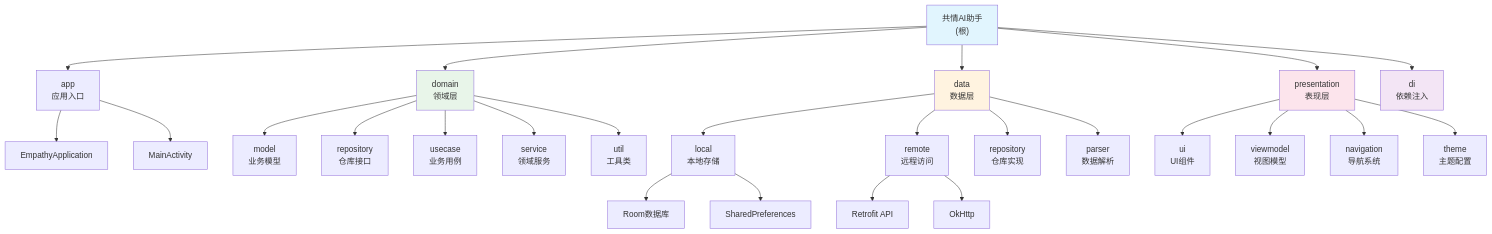
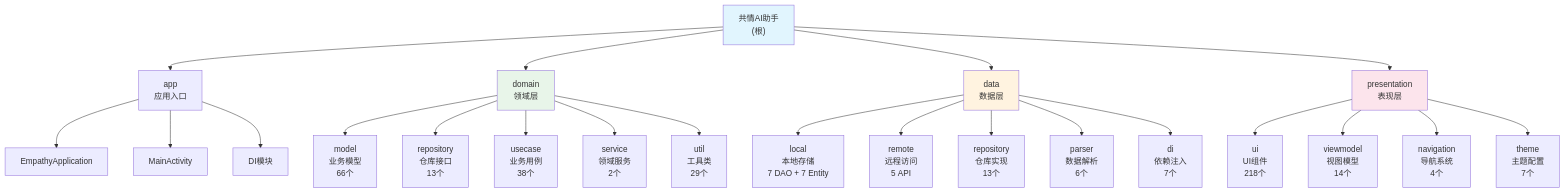
Before and after one commit to ZeroPointSix/empathize-with-others: the diagram in CLAUDE.md, drawn with Mermaid. The commit also changed other lines of this file and 27 other files, not shown here.

````diff
--- a/CLAUDE.md
+++ b/CLAUDE.md
@@ -80,47 +80,38 @@
 ```mermaid
 graph TD
     A["共情AI助手<br/>(根)"] --> B["app<br/>应用入口"]
     A --> C["domain<br/>领域层"]
     A --> D["data<br/>数据层"]
     A --> E["presentation<br/>表现层"]
-    A --> F["di<br/>依赖注入"]
 
     B --> B1["EmpathyApplication"]
     B --> B2["MainActivity"]
+    B --> B3["DI模块"]
 
-    C --> C1["model<br/>业务模型"]
-    C --> C2["repository<br/>仓库接口"]
-    C --> C3["usecase<br/>业务用例"]
-    C --> C4["service<br/>领域服务"]
-    C --> C5["util<br/>工具类"]
+    C --> C1["model<br/>业务模型<br/>66个"]
+    C --> C2["repository<br/>仓库接口<br/>13个"]
+    C --> C3["usecase<br/>业务用例<br/>38个"]
+    C --> C4["service<br/>领域服务<br/>2个"]
+    C --> C5["util<br/>工具类<br/>29个"]
 
-    D --> D1["local<br/>本地存储"]
-    D --> D2["remote<br/>远程访问"]
-    D --> D3["repository<br/>仓库实现"]
-    D --> D4["parser<br/>数据解析"]
+    D --> D1["local<br/>本地存储<br/>7 DAO + 7 Entity"]
+    D --> D2["remote<br/>远程访问<br/>5 API"]
+    D --> D3["repository<br/>仓库实现<br/>13个"]
+    D --> D4["parser<br/>数据解析<br/>6个"]
+    D --> D5["di<br/>依赖注入<br/>7个"]
 
-    E --> E1["ui<br/>UI组件"]
-    E --> E2["viewmodel<br/>视图模型"]
-    E --> E3["navigation<br/>导航系统"]
-    E --> E4["theme<br/>主题配置"]
-
-    D1 --> D11["Room数据库"]
-    D1 --> D12["SharedPreferences"]
-
-    D2 --> D21["Retrofit API"]
-    D2 --> D22["OkHttp"]
+    E --> E1["ui<br/>UI组件<br/>218个"]
+    E --> E2["viewmodel<br/>视图模型<br/>14个"]
+    E --> E3["navigation<br/>导航系统<br/>4个"]
+    E --> E4["theme<br/>主题配置<br/>7个"]
 
     style A fill:#e1f5fe
     style C fill:#e8f5e9
     style D fill:#fff3e0
     style E fill:#fce4ec
-    style F fill:#f3e5f5
 
-    click B1 "文档/项目文档/app/README.md" "查看 app 模块文档"
-    click C "文档/项目文档/domain/README.md" "查看 domain 层文档"
-    click C1 "文档/项目文档/domain/model/README.md" "查看 model 文档"
-    click C3 "文档/项目文档/domain/usecase/README.md" "查看 usecase 文档"
-    click D "文档/项目文档/data/README.md" "查看 data 层文档"
-    click E "文档/项目文档/presentation/README.md" "查看 presentation 层文档"
-    click F "文档/项目文档/di/README.md" "查看 DI 模块文档"
+    click C "./domain/CLAUDE.md" "查看 domain 模块文档"
+    click D "./data/CLAUDE.md" "查看 data 模块文档"
+    click E "./presentation/CLAUDE.md" "查看 presentation 模块文档"
+    click B "app/src/main/java/com/empathy/ai/app/CLAUDE.md" "查看 app 模块文档"
 ```
````
